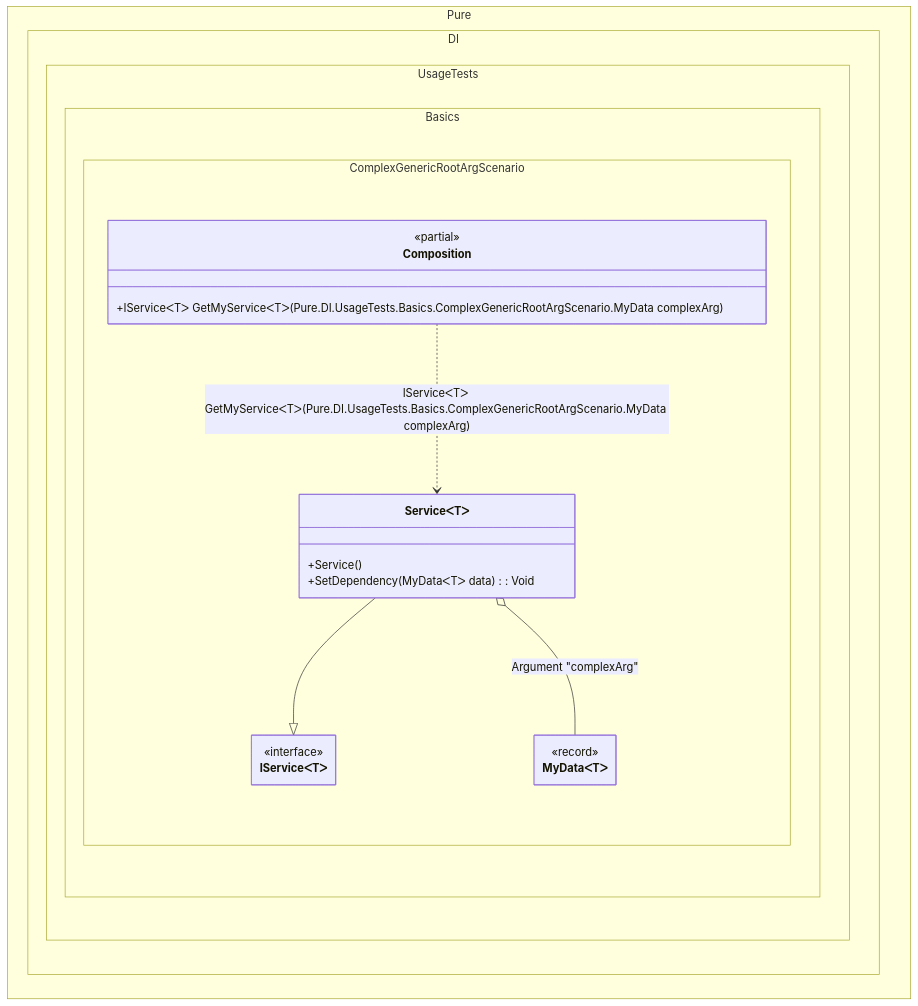
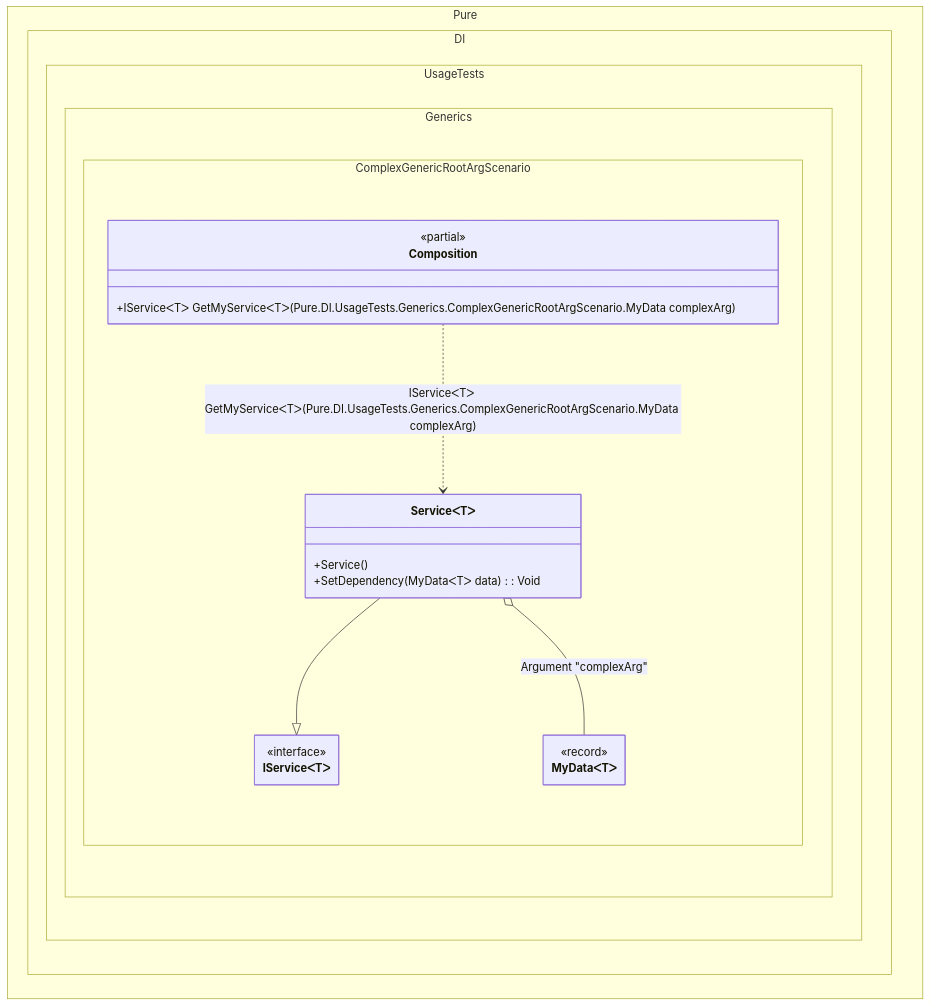
The diagram in readme/complex-generic-root-arguments.md (DevTeam/Pure.DI), drawn with Mermaid before and after one commit. The commit also changed 177 other files, not shown here.

````diff
--- a/readme/complex-generic-root-arguments.md
+++ b/readme/complex-generic-root-arguments.md
@@ -94,27 +94,27 @@
 ```mermaid
 ---
  config:
   class:
    hideEmptyMembersBox: true
 ---
 classDiagram
 	ServiceᐸTᐳ --|> IServiceᐸTᐳ
-	Composition ..> ServiceᐸTᐳ : IServiceᐸTᐳ GetMyServiceᐸTᐳ(Pure.DI.UsageTests.Basics.ComplexGenericRootArgScenario.MyData<T> complexArg)
+	Composition ..> ServiceᐸTᐳ : IServiceᐸTᐳ GetMyServiceᐸTᐳ(Pure.DI.UsageTests.Generics.ComplexGenericRootArgScenario.MyData<T> complexArg)
 	ServiceᐸTᐳ o-- MyDataᐸTᐳ : Argument "complexArg"
-	namespace Pure.DI.UsageTests.Basics.ComplexGenericRootArgScenario {
+	namespace Pure.DI.UsageTests.Generics.ComplexGenericRootArgScenario {
 		class Composition {
 		<<partial>>
-		+IServiceᐸTᐳ GetMyServiceᐸTᐳ(Pure.DI.UsageTests.Basics.ComplexGenericRootArgScenario.MyData<T> complexArg)
+		+IServiceᐸTᐳ GetMyServiceᐸTᐳ(Pure.DI.UsageTests.Generics.ComplexGenericRootArgScenario.MyData<T> complexArg)
 		}
 		class IServiceᐸTᐳ {
 			<<interface>>
 		}
 		class MyDataᐸTᐳ {
 				<<record>>
 		}
 		class ServiceᐸTᐳ {
 			+Service()
 			+SetDependency(MyDataᐸTᐳ data) : Void
 		}
 	}
 ```
````
